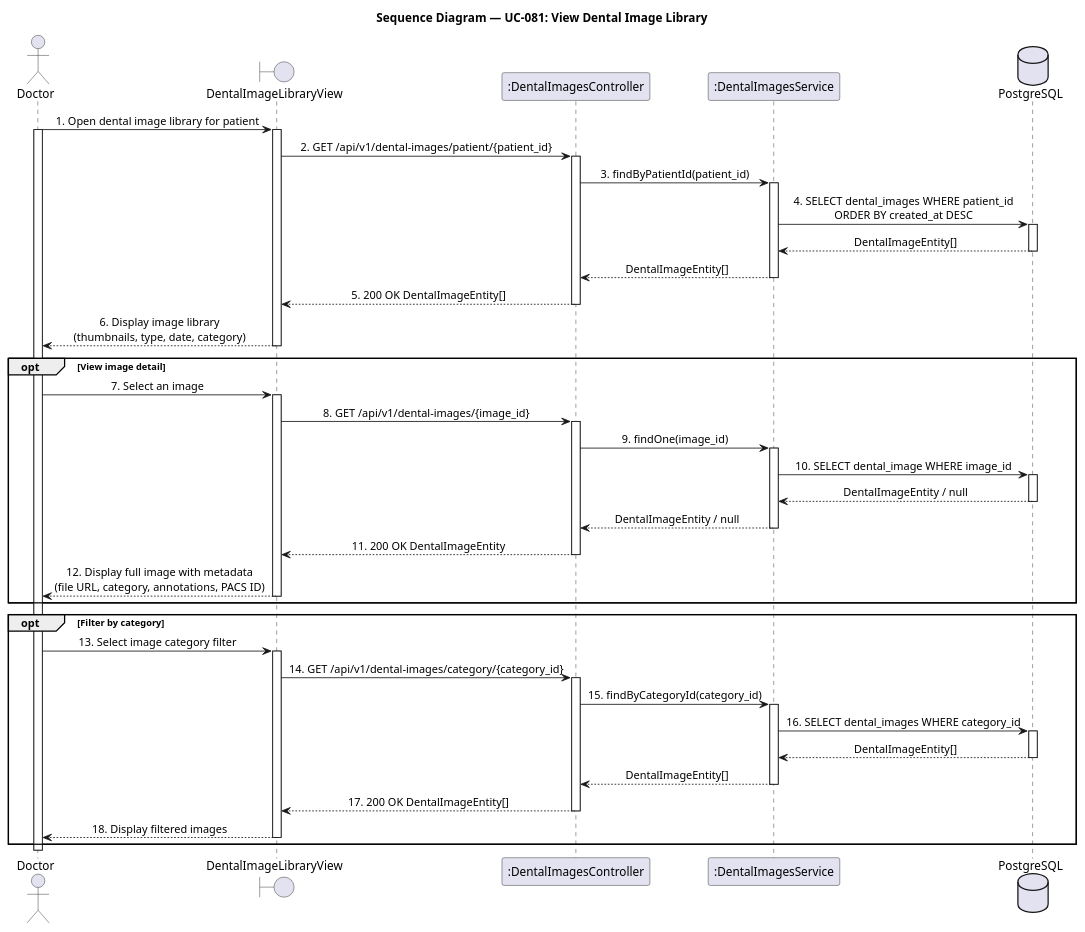
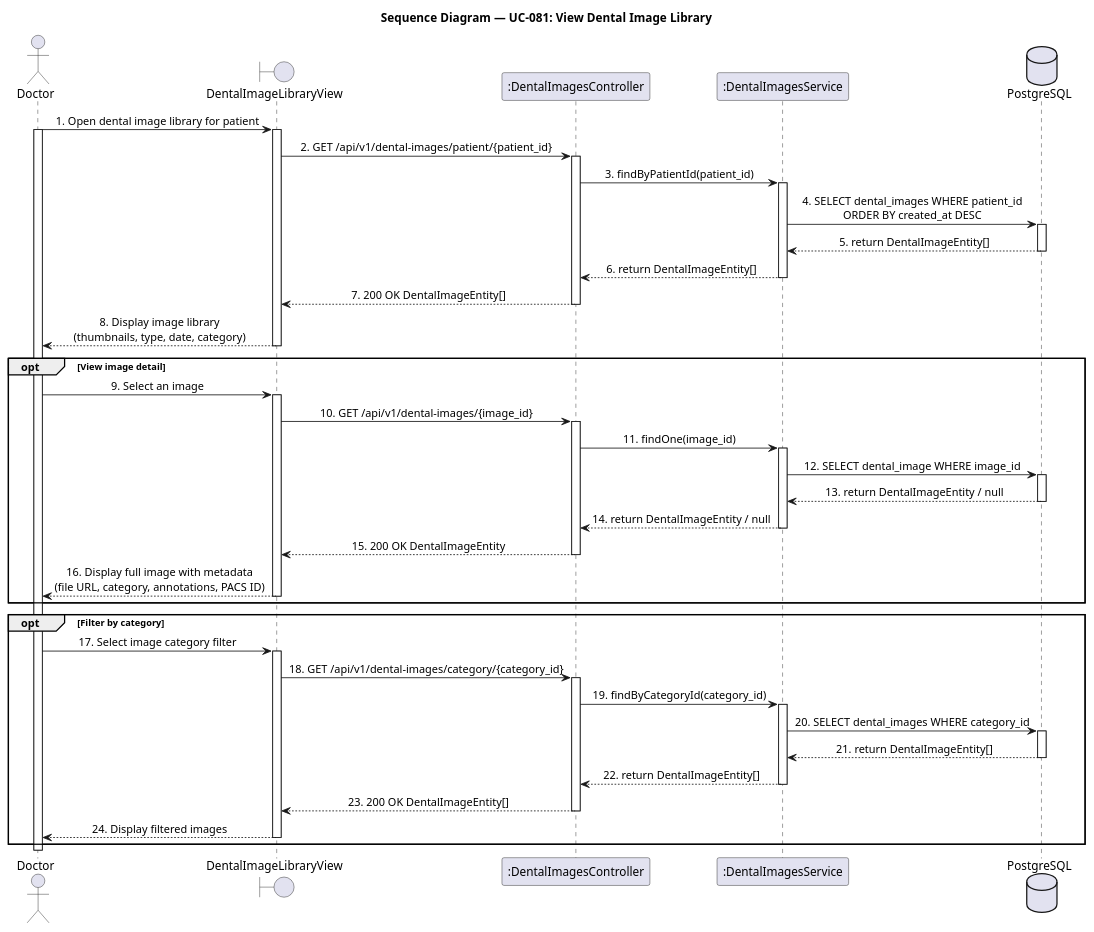
Before and after one commit to LTPPPP/Smart-Medical-Intelligent-Ledger-for-E-health-S.M.I.L.E-: the diagram in docs/sequence-diagram/UC81_ViewDentalImageLibrary.puml, drawn with PlantUML. The commit also changed 177 other files, not shown here.

Commit message:
skill and doc class diagram

```diff
--- a/docs/sequence-diagram/UC81_ViewDentalImageLibrary.puml
+++ b/docs/sequence-diagram/UC81_ViewDentalImageLibrary.puml
@@ -1,89 +1,89 @@
 @startuml SequenceDiagram
 skinparam shadowing false
 skinparam sequenceMessageAlign center
 
 title Sequence Diagram — UC-081: View Dental Image Library
 
 actor "Doctor" as user
 boundary "DentalImageLibraryView" as form
 participant ":DentalImagesController" as ctrl
 participant ":DentalImagesService" as imgSvc
 database "PostgreSQL" as db
 
 user -> form : 1. Open dental image library for patient
 activate user
 activate form
 
 form -> ctrl : 2. GET /api/v1/dental-images/patient/{patient_id}
 activate ctrl
 
 ctrl -> imgSvc : 3. findByPatientId(patient_id)
 activate imgSvc
 
 imgSvc -> db : 4. SELECT dental_images WHERE patient_id\nORDER BY created_at DESC
 activate db
-db --> imgSvc : DentalImageEntity[]
+db --> imgSvc : 5. return DentalImageEntity[]
 deactivate db
 
-imgSvc --> ctrl : DentalImageEntity[]
+imgSvc --> ctrl : 6. return DentalImageEntity[]
 deactivate imgSvc
 
-ctrl --> form : 5. 200 OK DentalImageEntity[]
+ctrl --> form : 7. 200 OK DentalImageEntity[]
 deactivate ctrl
 
-form --> user : 6. Display image library\n(thumbnails, type, date, category)
+form --> user : 8. Display image library\n(thumbnails, type, date, category)
 deactivate form
 
 opt View image detail
-  user -> form : 7. Select an image
+  user -> form : 9. Select an image
   activate form
 
-  form -> ctrl : 8. GET /api/v1/dental-images/{image_id}
+  form -> ctrl : 10. GET /api/v1/dental-images/{image_id}
   activate ctrl
 
-  ctrl -> imgSvc : 9. findOne(image_id)
+  ctrl -> imgSvc : 11. findOne(image_id)
   activate imgSvc
 
-  imgSvc -> db : 10. SELECT dental_image WHERE image_id
+  imgSvc -> db : 12. SELECT dental_image WHERE image_id
   activate db
-  db --> imgSvc : DentalImageEntity / null
+  db --> imgSvc : 13. return DentalImageEntity / null
   deactivate db
 
-  imgSvc --> ctrl : DentalImageEntity / null
+  imgSvc --> ctrl : 14. return DentalImageEntity / null
   deactivate imgSvc
 
-  ctrl --> form : 11. 200 OK DentalImageEntity
+  ctrl --> form : 15. 200 OK DentalImageEntity
   deactivate ctrl
 
-  form --> user : 12. Display full image with metadata\n(file URL, category, annotations, PACS ID)
+  form --> user : 16. Display full image with metadata\n(file URL, category, annotations, PACS ID)
   deactivate form
 end
 
 opt Filter by category
-  user -> form : 13. Select image category filter
+  user -> form : 17. Select image category filter
   activate form
 
-  form -> ctrl : 14. GET /api/v1/dental-images/category/{category_id}
+  form -> ctrl : 18. GET /api/v1/dental-images/category/{category_id}
   activate ctrl
 
-  ctrl -> imgSvc : 15. findByCategoryId(category_id)
+  ctrl -> imgSvc : 19. findByCategoryId(category_id)
   activate imgSvc
 
-  imgSvc -> db : 16. SELECT dental_images WHERE category_id
+  imgSvc -> db : 20. SELECT dental_images WHERE category_id
   activate db
-  db --> imgSvc : DentalImageEntity[]
+  db --> imgSvc : 21. return DentalImageEntity[]
   deactivate db
 
-  imgSvc --> ctrl : DentalImageEntity[]
+  imgSvc --> ctrl : 22. return DentalImageEntity[]
   deactivate imgSvc
 
-  ctrl --> form : 17. 200 OK DentalImageEntity[]
+  ctrl --> form : 23. 200 OK DentalImageEntity[]
   deactivate ctrl
 
-  form --> user : 18. Display filtered images
+  form --> user : 24. Display filtered images
   deactivate form
 end
 
 deactivate user
 
 @enduml
```
